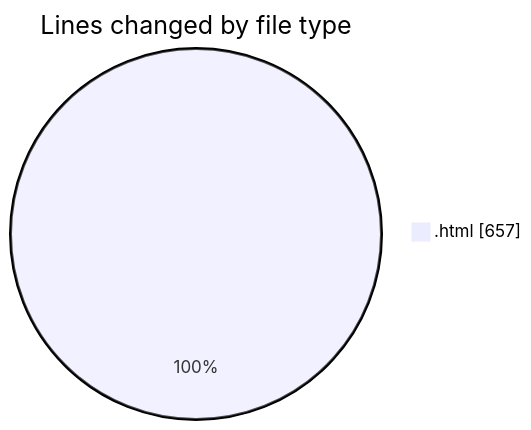
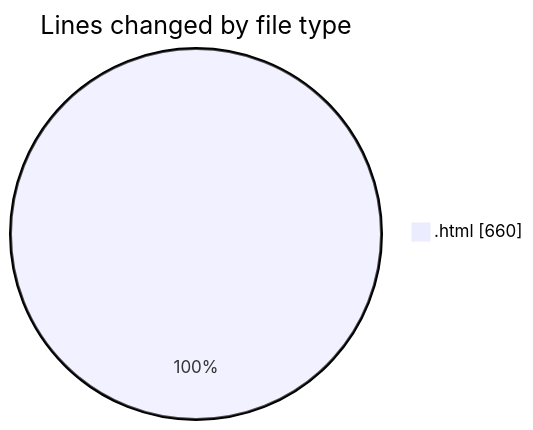
Before and after one commit to LanceThiago/code-tracking: the first of 2 diagrams in 2025-01-13/nueva_carpeta/README.md, drawn with Mermaid. The commit also changed other lines of this file and 1 other file, not shown here.

````diff
--- a/2025-01-13/nueva_carpeta/README.md
+++ b/2025-01-13/nueva_carpeta/README.md
@@ -20,5 +20,5 @@
 ```mermaid
 pie showData
 title Lines changed by file type
-".html" : 657
+".html" : 660
 ```
````
